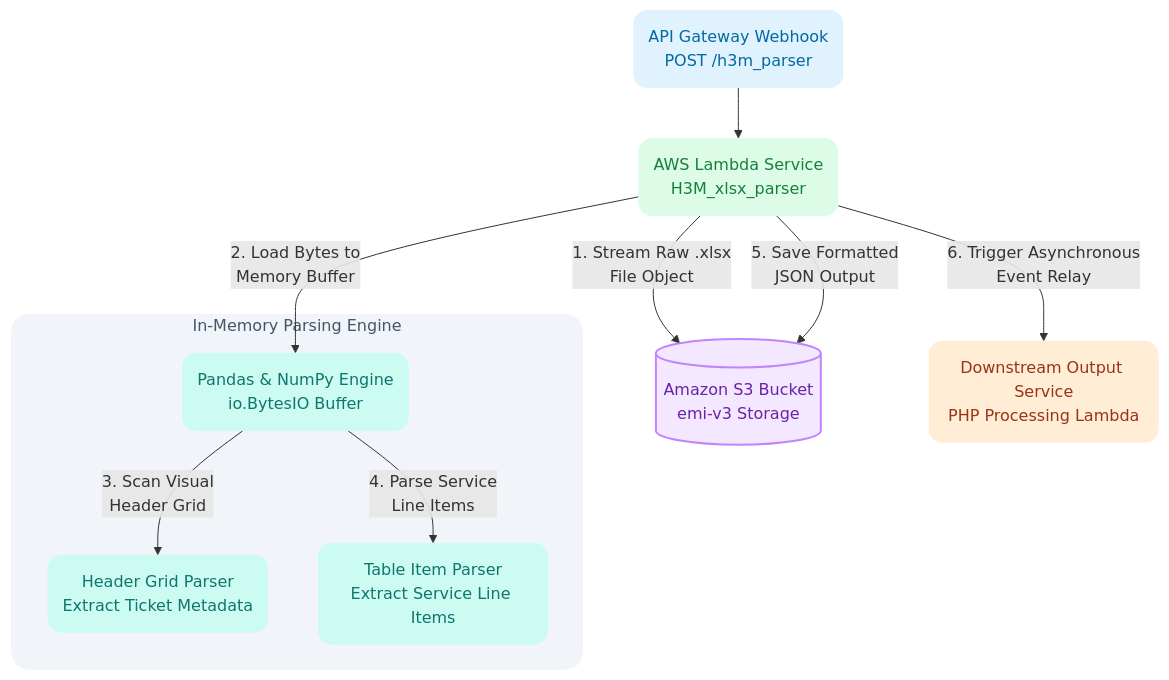
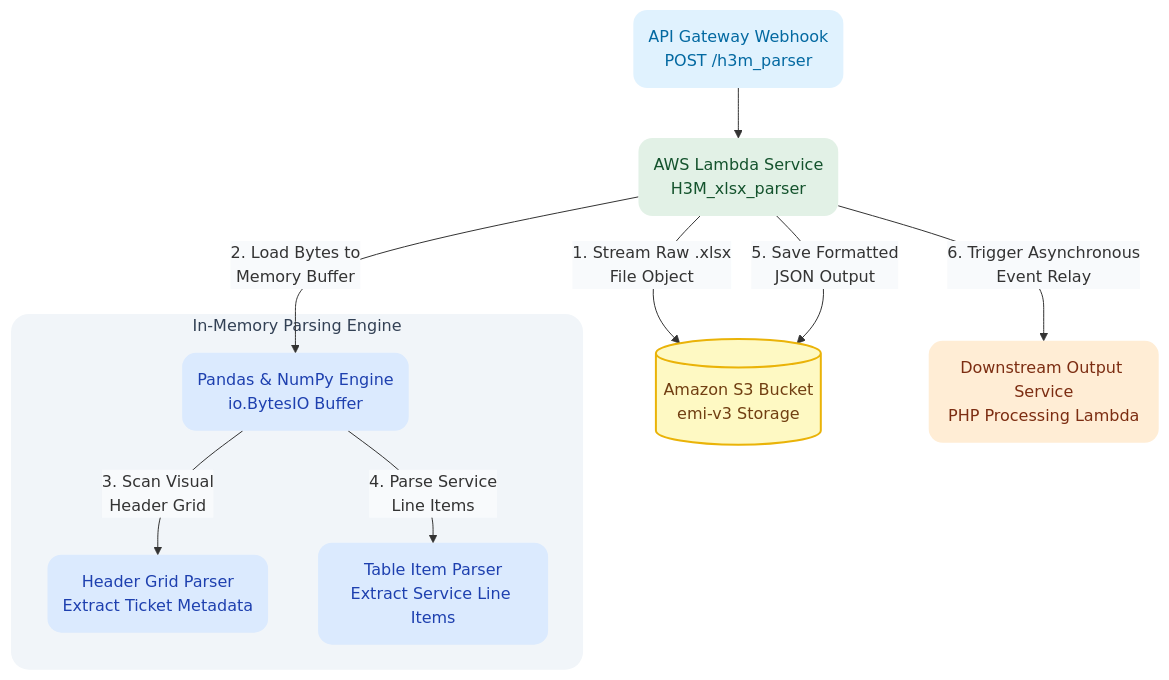
One commit to Vivianwcao/H3M-XLSX-Data-Parser changed the diagram in README.md. Above: the diagram before and after it, drawn with Mermaid.

Commit message:
Update README.md with architecture diagram improvements

````diff
--- a/README.md
+++ b/README.md
@@ -47,41 +47,50 @@
 ```mermaid
+%%{init: {'themeVariables': { 'edgeLabelBackground': '#F8FAFC' }}}%%
 flowchart TD
-    %% Node Definitions with multi-line text for roomier bubbles
+    %% Node Definitions with 2-line titles for spacious bubbles
     A("API Gateway Webhook<br/>POST /h3m_parser")
     B("AWS Lambda Service<br/>H3M_xlsx_parser")
     C[("Amazon S3 Bucket<br/>emi-v3 Storage")]
     
     subgraph In-Memory ["In-Memory Parsing Engine"]
         D("Pandas & NumPy Engine<br/>io.BytesIO Buffer")
         E("Header Grid Parser<br/>Extract Ticket Metadata")
         F("Table Item Parser<br/>Extract Service Line Items")
     end
 
     G("Downstream Output Service<br/>PHP Processing Lambda")
 
-    %% Data Flow Connections with 2-line labels to prevent cutoff
+    %% Data Flow Connections with 2-line labels
     A --> B
     B -->|"1. Stream Raw .xlsx<br/>File Object"| C
     B -->|"2. Load Bytes to<br/>Memory Buffer"| D
     D -->|"3. Scan Visual<br/>Header Grid"| E
     D -->|"4. Parse Service<br/>Line Items"| F
     B -->|"5. Save Formatted<br/>JSON Output"| C
     B -->|"6. Trigger Asynchronous<br/>Event Relay"| G
 
-    %% Modern Soft Pastels (Non-Neon) with High-Contrast Text
+    %% Blueprint Color Classes
     classDef trigger fill:#E0F2FE,stroke:none,color:#0369A1,rx:14px,ry:14px;
-    classDef compute fill:#DCFCE7,stroke:none,color:#15803D,rx:14px,ry:14px;
-    classDef storage fill:#F3E8FF,stroke:#C084FC,stroke-width:2px,color:#6B21A8;
-    classDef process fill:#CCFBF1,stroke:none,color:#0F766E,rx:14px,ry:14px;
-    classDef relay fill:#FFEDD5,stroke:none,color:#9A3412,rx:14px,ry:14px;
+    classDef compute fill:#E2F1E6,stroke:none,color:#14532D,rx:14px,ry:14px;
+    classDef storage fill:#FEF9C3,stroke:#EAB308,stroke-width:2px,color:#713F12;
+    classDef process fill:#DBEAFE,stroke:none,color:#1E40AF,rx:14px,ry:14px;
+    classDef relay fill:#FFEDD5,stroke:none,color:#7C2D12,rx:14px,ry:14px;
 
-    %% Class Assignments
+    %% Category Assignments
     class A trigger;
+
+    %% AWS Lambda Compute
     class B compute;
+
+    %% Amazon S3 Storage Cylinder
     class C storage;
+
+    %% Pastel Blue internal process bubbles (No borders)
     class D,E,F process;
+
+    %% Downstream Relay Service
     class G relay;
 
-    %% Subgraph Styling: Smooth Light Background, Rounded Corners, NO Borders or Dotted Lines
-    style In-Memory fill:#F1F5F9,stroke:none,rx:18px,ry:18px,color:#475569;
+    %% Subgraph Container: Borderless, Soft Slate Fill
+    style In-Memory fill:#F1F5F9,stroke:none,rx:18px,ry:18px,color:#334155;
 ```
````
